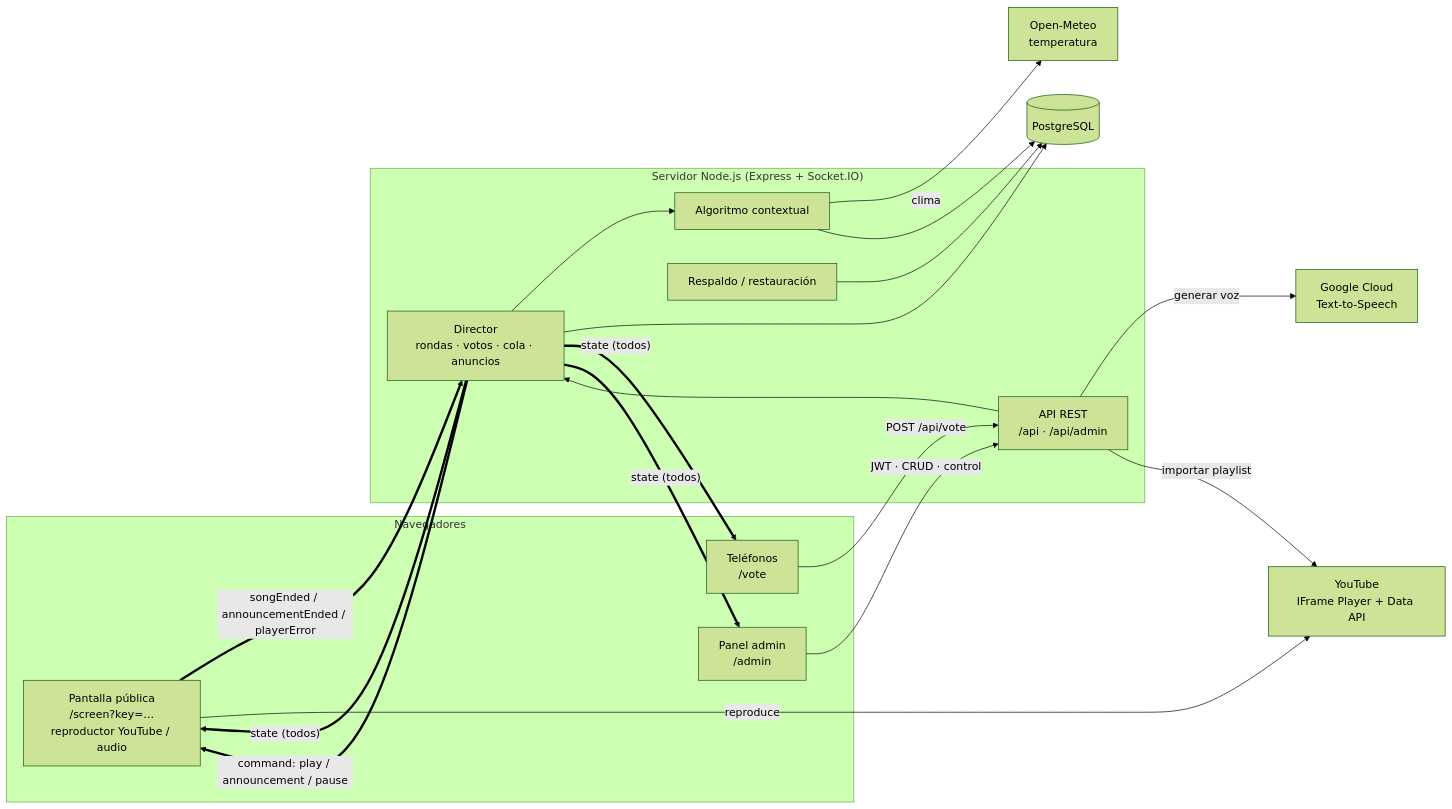
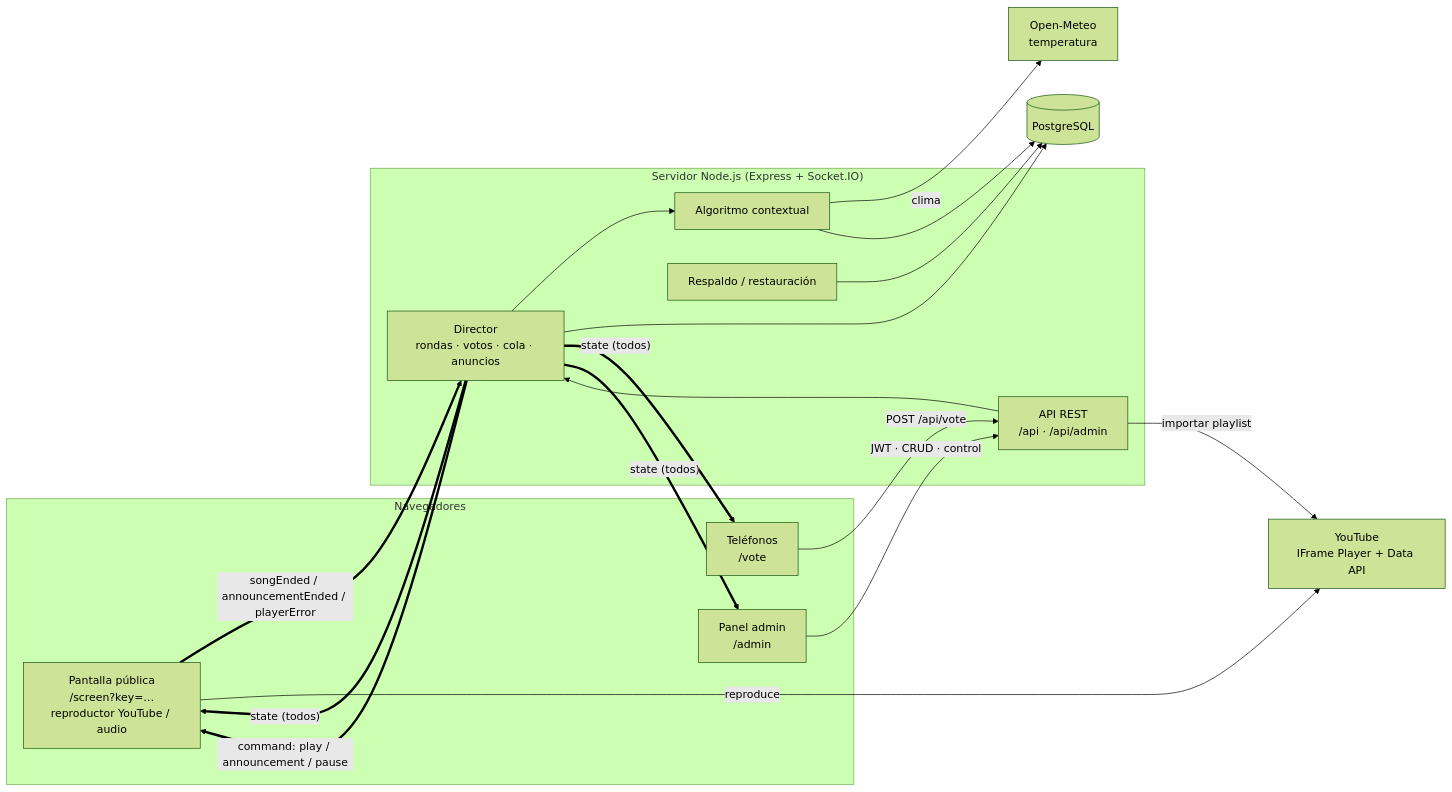
The first of 2 diagrams in docs/ARQUITECTURA.md (wa1o/radio-campus), drawn with Mermaid (forest theme) before and after one commit. The commit also changed other lines of this file and 22 other files, not shown here.

````diff
--- a/docs/ARQUITECTURA.md
+++ b/docs/ARQUITECTURA.md
@@ -7,35 +7,33 @@
 ```mermaid
 flowchart LR
   subgraph Navegadores
     S[Pantalla pública<br/>/screen?key=…<br/>reproductor YouTube / audio]
     V[Teléfonos<br/>/vote]
     A[Panel admin<br/>/admin]
   end
 
   subgraph Servidor["Servidor Node.js (Express + Socket.IO)"]
     API[API REST<br/>/api · /api/admin]
     D[Director<br/>rondas · votos · cola · anuncios]
     C[Algoritmo contextual]
     B[Respaldo / restauración]
   end
 
   DB[(PostgreSQL)]
   YT[YouTube<br/>IFrame Player + Data API]
   OM[Open-Meteo<br/>temperatura]
-  TTS[Google Cloud<br/>Text-to-Speech]
 
   V -- "POST /api/vote" --> API
   A -- "JWT · CRUD · control" --> API
   API --> D
   D --> C
   C -- clima --> OM
   C --> DB
   D --> DB
   B --> DB
-  API -- "generar voz" --> TTS
   API -- "importar playlist" --> YT
   D == "state (todos)" ==> S & V & A
   D == "command: play / announcement / pause" ==> S
   S == "songEnded / announcementEnded / playerError" ==> D
   S -- "reproduce" --> YT
 ```
````
